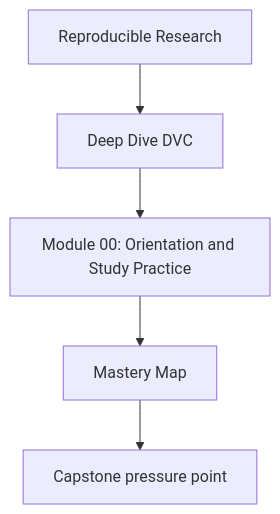
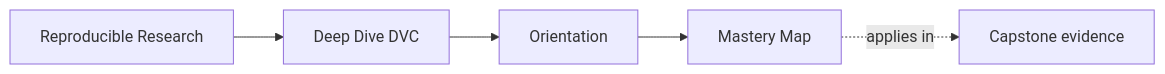
The first of 2 diagrams in programs/reproducible-research/deep-dive-dvc/course-book/module-00-orientation/mastery-map.md (bijux/bijux-masterclass), drawn with Mermaid before and after one commit. The commit also changed other lines of this file and 55 other files, not shown here.

Commit message:
docs(deep-dive-dvc): map reproducibility and pipeline foundations

````diff
--- a/programs/reproducible-research/deep-dive-dvc/course-book/module-00-orientation/mastery-map.md
+++ b/programs/reproducible-research/deep-dive-dvc/course-book/module-00-orientation/mastery-map.md
@@ -6,7 +6,11 @@
 ```mermaid
-flowchart TD
-  family["Reproducible Research"] --> program["Deep Dive DVC"]
-  program --> module["Module 00: Orientation and Study Practice"]
-  module --> concept["Mastery Map"]
-  concept --> capstone["Capstone pressure point"]
+graph LR
+  family["Reproducible Research"]
+  program["Deep Dive DVC"]
+  section["Orientation"]
+  page["Mastery Map"]
+  capstone["Capstone evidence"]
+
+  family --> program --> section --> page
+  page -.applies in.-> capstone
 ```
````
